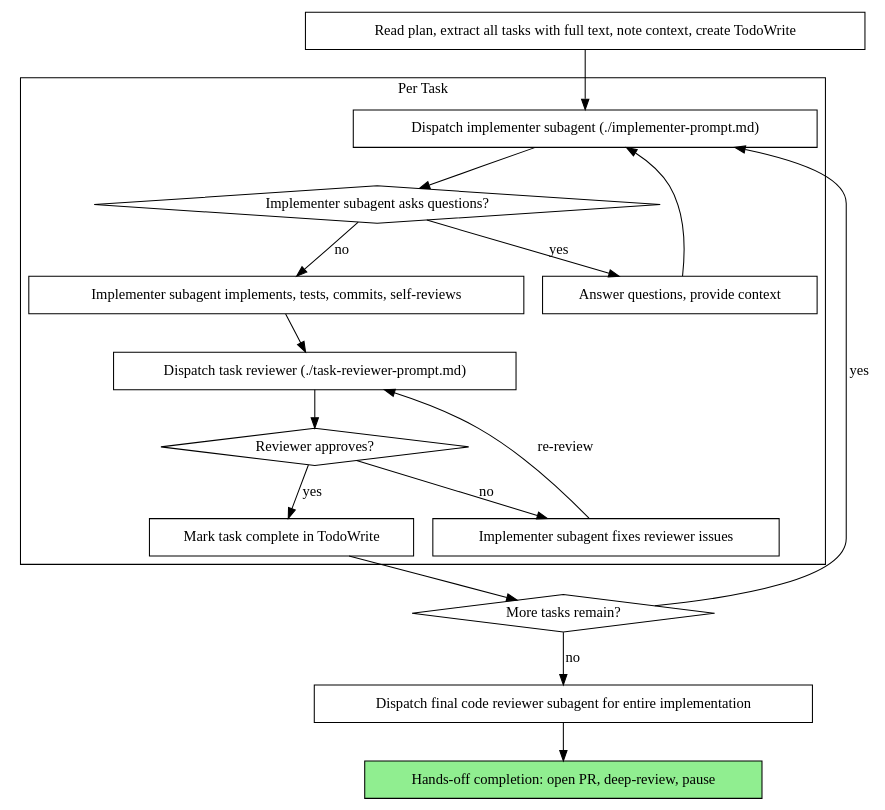
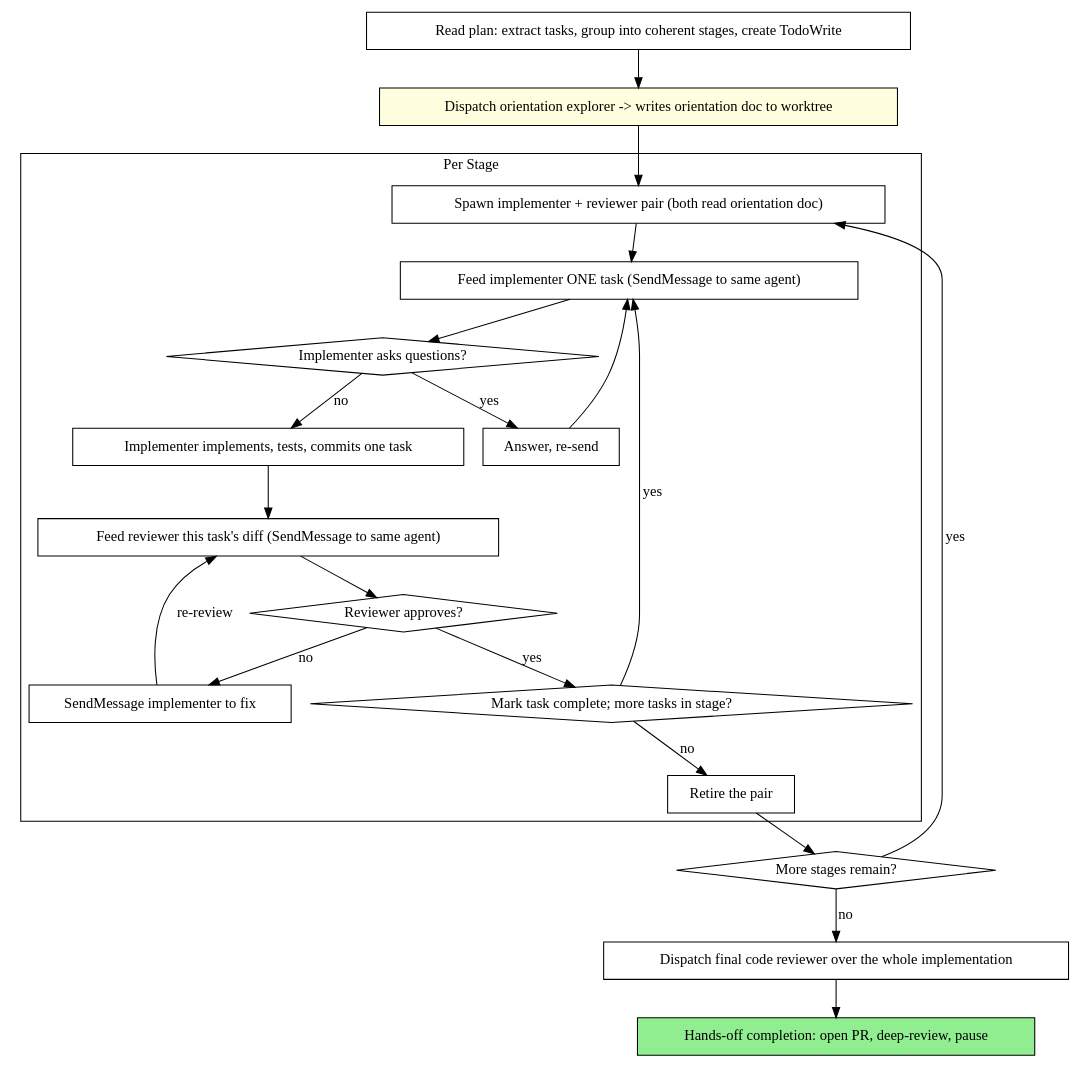
Before and after one commit to iamsdas/agent-skills: the second of 2 diagrams in development/skills/subagent-driven-development/SKILL.md, drawn with Graphviz. The commit also changed other lines of this file and 3 other files, not shown here.

First line of the commit message:
feat: middleground subagent-driven execution (orientation + journal + persistent stage pairs)

````diff
--- a/development/skills/subagent-driven-development/SKILL.md
+++ b/development/skills/subagent-driven-development/SKILL.md
@@ -50,37 +46,45 @@
 ```dot
 digraph process {
     rankdir=TB;
 
-    subgraph cluster_per_task {
-        label="Per Task";
-        "Dispatch implementer subagent (./implementer-prompt.md)" [shape=box];
-        "Implementer subagent asks questions?" [shape=diamond];
-        "Answer questions, provide context" [shape=box];
-        "Implementer subagent implements, tests, commits, self-reviews" [shape=box];
-        "Dispatch task reviewer (./task-reviewer-prompt.md)" [shape=box];
+    "Read plan: extract tasks, group into coherent stages, create TodoWrite" [shape=box];
+    "Dispatch orientation explorer -> writes orientation doc to worktree" [shape=box style=filled fillcolor=lightyellow];
+
+    subgraph cluster_per_stage {
+        label="Per Stage";
+        "Spawn implementer + reviewer pair (both read orientation doc)" [shape=box];
+        "Feed implementer ONE task (SendMessage to same agent)" [shape=box];
+        "Implementer asks questions?" [shape=diamond];
+        "Answer, re-send" [shape=box];
+        "Implementer implements, tests, commits one task" [shape=box];
+        "Feed reviewer this task's diff (SendMessage to same agent)" [shape=box];
         "Reviewer approves?" [shape=diamond];
-        "Implementer subagent fixes reviewer issues" [shape=box];
-        "Mark task complete in TodoWrite" [shape=box];
+        "SendMessage implementer to fix" [shape=box];
+        "Mark task complete; more tasks in stage?" [shape=diamond];
+        "Retire the pair" [shape=box];
     }
 
-    "Read plan, extract all tasks with full text, note context, create TodoWrite" [shape=box];
-    "More tasks remain?" [shape=diamond];
-    "Dispatch final code reviewer subagent for entire implementation" [shape=box];
+    "More stages remain?" [shape=diamond];
+    "Dispatch final code reviewer over the whole implementation" [shape=box];
     "Hands-off completion: open PR, deep-review, pause" [shape=box style=filled fillcolor=lightgreen];
 
-    "Read plan, extract all tasks with full text, note context, create TodoWrite" -> "Dispatch implementer subagent (./implementer-prompt.md)";
-    "Dispatch implementer subagent (./implementer-prompt.md)" -> "Implementer subagent asks questions?";
-    "Implementer subagent asks questions?" -> "Answer questions, provide context" [label="yes"];
-    "Answer questions, provide context" -> "Dispatch implementer subagent (./implementer-prompt.md)";
-    "Implementer subagent asks questions?" -> "Implementer subagent implements, tests, commits, self-reviews" [label="no"];
-    "Implementer subagent implements, tests, commits, self-reviews" -> "Dispatch task reviewer (./task-reviewer-prompt.md)";
-    "Dispatch task reviewer (./task-reviewer-prompt.md)" -> "Reviewer approves?";
-    "Reviewer approves?" -> "Implementer subagent fixes reviewer issues" [label="no"];
-    "Implementer subagent fixes reviewer issues" -> "Dispatch task reviewer (./task-reviewer-prompt.md)" [label="re-review"];
-    "Reviewer approves?" -> "Mark task complete in TodoWrite" [label="yes"];
-    "Mark task complete in TodoWrite" -> "More tasks remain?";
-    "More tasks remain?" -> "Dispatch implementer subagent (./implementer-prompt.md)" [label="yes"];
-    "More tasks remain?" -> "Dispatch final code reviewer subagent for entire implementation" [label="no"];
-    "Dispatch final code reviewer subagent for entire implementation" -> "Hands-off completion: open PR, deep-review, pause";
+    "Read plan: extract tasks, group into coherent stages, create TodoWrite" -> "Dispatch orientation explorer -> writes orientation doc to worktree";
+    "Dispatch orientation explorer -> writes orientation doc to worktree" -> "Spawn implementer + reviewer pair (both read orientation doc)";
+    "Spawn implementer + reviewer pair (both read orientation doc)" -> "Feed implementer ONE task (SendMessage to same agent)";
+    "Feed implementer ONE task (SendMessage to same agent)" -> "Implementer asks questions?";
+    "Implementer asks questions?" -> "Answer, re-send" [label="yes"];
+    "Answer, re-send" -> "Feed implementer ONE task (SendMessage to same agent)";
+    "Implementer asks questions?" -> "Implementer implements, tests, commits one task" [label="no"];
+    "Implementer implements, tests, commits one task" -> "Feed reviewer this task's diff (SendMessage to same agent)";
+    "Feed reviewer this task's diff (SendMessage to same agent)" -> "Reviewer approves?";
+    "Reviewer approves?" -> "SendMessage implementer to fix" [label="no"];
+    "SendMessage implementer to fix" -> "Feed reviewer this task's diff (SendMessage to same agent)" [label="re-review"];
+    "Reviewer approves?" -> "Mark task complete; more tasks in stage?" [label="yes"];
+    "Mark task complete; more tasks in stage?" -> "Feed implementer ONE task (SendMessage to same agent)" [label="yes"];
+    "Mark task complete; more tasks in stage?" -> "Retire the pair" [label="no"];
+    "Retire the pair" -> "More stages remain?";
+    "More stages remain?" -> "Spawn implementer + reviewer pair (both read orientation doc)" [label="yes"];
+    "More stages remain?" -> "Dispatch final code reviewer over the whole implementation" [label="no"];
+    "Dispatch final code reviewer over the whole implementation" -> "Hands-off completion: open PR, deep-review, pause";
 }
 ```
````
